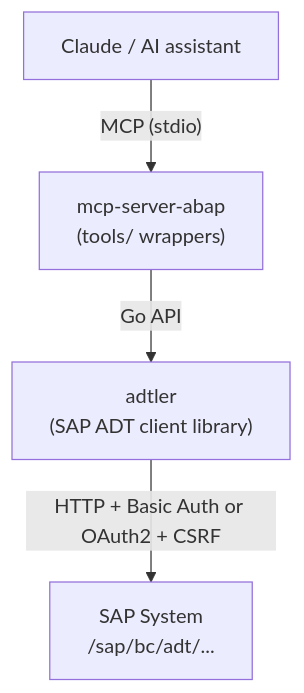
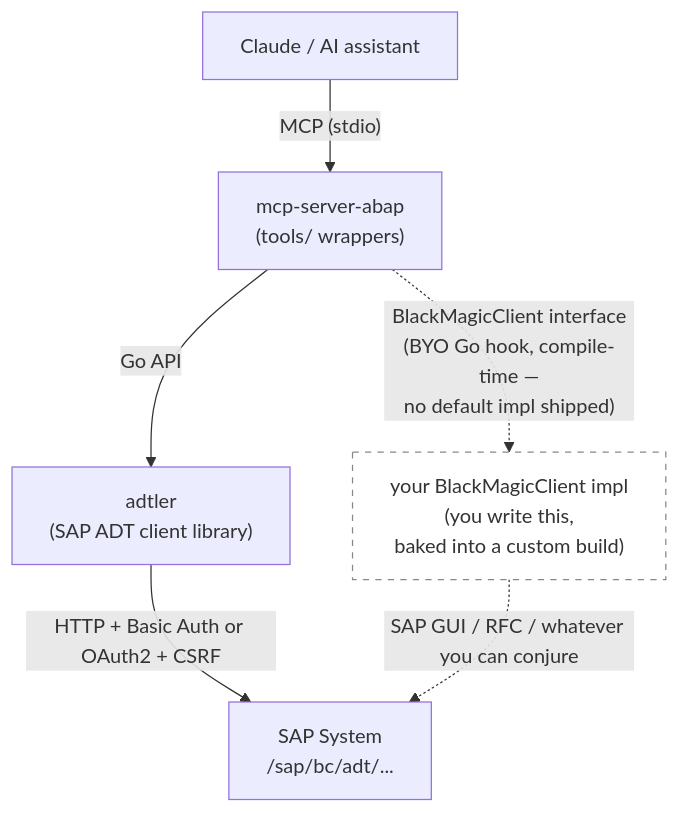
One commit to Hochfrequenz/aibap.mcp changed the diagram in README.md. Above: the diagram before and after it, drawn with Mermaid. The commit also changed other lines of this file and 1 other file, not shown here.

First line of the commit message:
docs(readme): show BlackMagic BYO hook in architecture diagram (#320)

````diff
--- a/README.md
+++ b/README.md
@@ -19,6 +19,10 @@
 ```mermaid
 graph TD
     A["Claude / AI assistant"] -->|"MCP (stdio)"| B["mcp-server-abap<br/>(tools/ wrappers)"]
     B -->|"Go API"| C["adtler<br/>(SAP ADT client library)"]
     C -->|"HTTP + Basic Auth or OAuth2 + CSRF"| D["SAP System<br/>/sap/bc/adt/..."]
+    B -.->|"BlackMagicClient interface<br/>(BYO Go hook, compile-time —<br/>no default impl shipped)"| E["your BlackMagicClient impl<br/>(you write this,<br/>baked into a custom build)"]
+    E -.->|"SAP GUI / RFC / whatever you can conjure"| D
+
+    style E fill:#fff,stroke:#888,stroke-dasharray: 5 5
 ```
````
